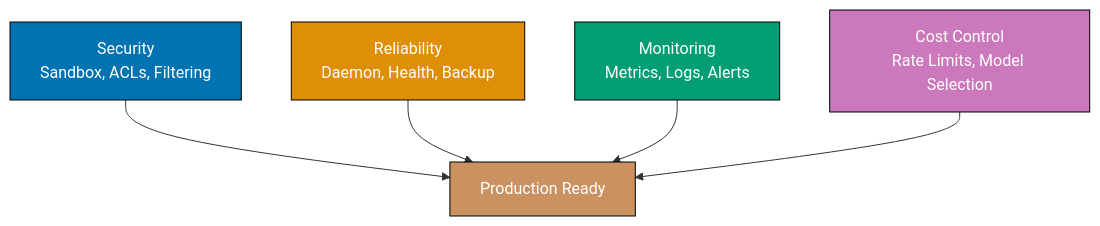
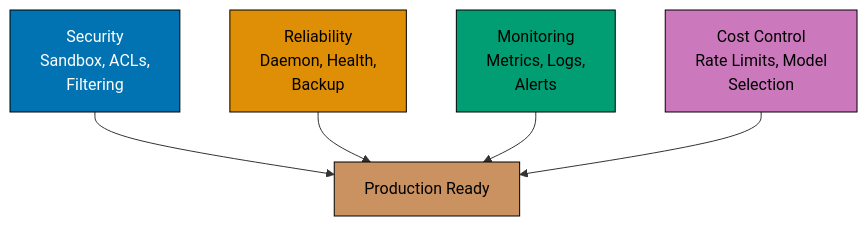
Before and after one commit to wahidyankf/ose-public: the third of 3 diagrams in apps/ayokoding-www/content/en/learn/legacy/artificial-intelligence/tools/openclaw/by-example/advanced.md, drawn with Mermaid. The commit also changed other lines of this file and 50 other files, not shown here.

First line of the commit message:
fix(mermaid): bring the docs, governance, plans, and legacy AI diagrams onto the accessible palette

````diff
--- a/apps/ayokoding-www/content/en/learn/legacy/artificial-intelligence/tools/openclaw/by-example/advanced.md
+++ b/apps/ayokoding-www/content/en/learn/legacy/artificial-intelligence/tools/openclaw/by-example/advanced.md
@@ -1542,20 +1557,28 @@
 ```mermaid
 %% Color Palette: Blue #0173B2, Orange #DE8F05, Teal #029E73, Purple #CC78BC, Brown #CA9161
 graph TD
-    A["Security<br/>Sandbox, ACLs, Filtering"]
-    B["Reliability<br/>Daemon, Health, Backup"]
-    C["Monitoring<br/>Metrics, Logs, Alerts"]
-    D["Cost Control<br/>Rate Limits, Model Selection"]
+    accTitle: Example 80: Production Deployment Checklist
+    accDescr: Graph with 5 nodes and 4 connections. Nodes: Security Sandbox, ACLs, Filtering, Reliability Daemon, Health, Backup, Monitoring Metrics, Logs, Alerts, Cost Control Rate Limits, Model Selection, Production Ready. Connections: Security Sandbox, ACLs, Filtering to Production Ready, Reliability Daemon, Health, Backup to Production Ready, Monitoring Metrics, Logs, Alerts to Production Ready, Cost Control Rate Limits, Model Selection to Production Ready.
+    A["Security<br/>Sandbox, ACLs,<br/>Filtering"]
+    B["Reliability<br/>Daemon, Health,<br/>Backup"]
+    C["Monitoring<br/>Metrics, Logs,<br/>Alerts"]
+    D["Cost Control<br/>Rate Limits, Model<br/>Selection"]
     E["Production Ready"]
 
     A --> E
     B --> E
     C --> E
     D --> E
 
-    style A fill:#0173B2,stroke:#000,color:#fff
-    style B fill:#DE8F05,stroke:#000,color:#fff
-    style C fill:#029E73,stroke:#000,color:#fff
-    style D fill:#CC78BC,stroke:#000,color:#fff
-    style E fill:#CA9161,stroke:#000,color:#fff
+    classDef pal-0173B2 fill:#0173B2,stroke:#000000,color:#FFFFFF
+    class A pal-0173B2
+    classDef pal-DE8F05 fill:#DE8F05,stroke:#000000,color:#000000
+    class B pal-DE8F05
+    classDef pal-029E73 fill:#029E73,stroke:#000000,color:#000000
+    class C pal-029E73
+    classDef pal-CC78BC fill:#CC78BC,stroke:#000000,color:#000000
+    class D pal-CC78BC
+    classDef pal-CA9161 fill:#CA9161,stroke:#000000,color:#000000
+    class E pal-CA9161
+    classDef default fill:#FFFFFF,stroke:#000000,color:#000000
 ```
````
